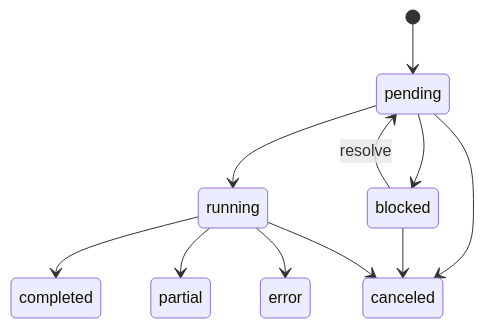
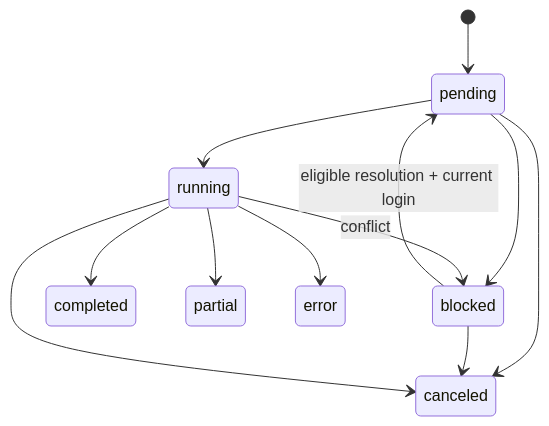
One commit to k3rnL/cagnard changed the diagram in docs/architecture/tasks.md. Above: the diagram before and after it, drawn with Mermaid. The commit also changed other lines of this file and 155 other files, not shown here.

````diff
--- a/docs/architecture/tasks.md
+++ b/docs/architecture/tasks.md
@@ -7,13 +9,14 @@
 ```mermaid
 stateDiagram-v2
   [*] --> pending
   pending --> running
   pending --> blocked
   pending --> canceled
-  blocked --> pending: resolve
+  blocked --> pending: eligible resolution + current login
   blocked --> canceled
+  running --> blocked: conflict
   running --> completed
   running --> partial
   running --> error
   running --> canceled
 ```
````
